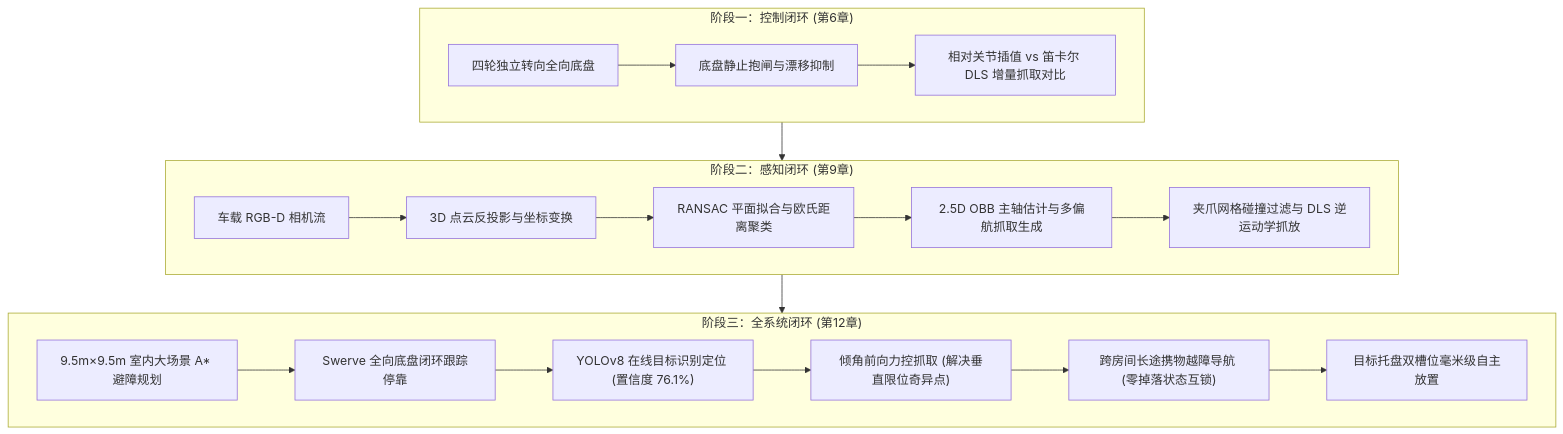
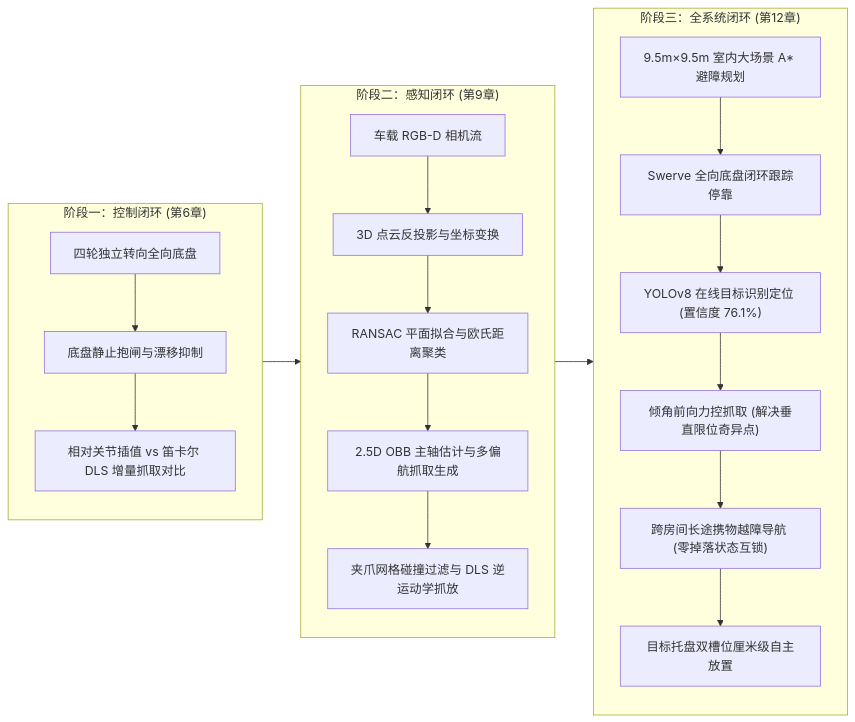
The first of 2 diagrams in src/content/posts/hello-robot-capstone-practices-ch6-ch9-ch12.md (YunHaiKong/YunHaiKong.github.io), drawn with Mermaid before and after one commit. The commit also changed other lines of this file and 98 other files, not shown here.

````diff
--- a/src/content/posts/hello-robot-capstone-practices-ch6-ch9-ch12.md
+++ b/src/content/posts/hello-robot-capstone-practices-ch6-ch9-ch12.md
@@ -19,21 +19,24 @@
 ```mermaid
-flowchart TD
+flowchart LR
     subgraph S1["阶段一：控制闭环 (第6章)"]
+        direction TB
         A1["四轮独立转向全向底盘"] --> A2["底盘静止抱闸与漂移抑制"]
         A2 --> A3["相对关节插值 vs 笛卡尔 DLS 增量抓取对比"]
     end
     subgraph S2["阶段二：感知闭环 (第9章)"]
+        direction TB
         B1["车载 RGB-D 相机流"] --> B2["3D 点云反投影与坐标变换"]
         B2 --> B3["RANSAC 平面拟合与欧氏距离聚类"]
         B3 --> B4["2.5D OBB 主轴估计与多偏航抓取生成"]
         B4 --> B5["夹爪网格碰撞过滤与 DLS 逆运动学抓放"]
     end
     subgraph S3["阶段三：全系统闭环 (第12章)"]
+        direction TB
         C1["9.5m×9.5m 室内大场景 A* 避障规划"] --> C2["Swerve 全向底盘闭环跟踪停靠"]
         C2 --> C3["YOLOv8 在线目标识别定位 (置信度 76.1%)"]
         C3 --> C4["倾角前向力控抓取 (解决垂直限位奇异点)"]
         C4 --> C5["跨房间长途携物越障导航 (零掉落状态互锁)"]
-        C5 --> C6["目标托盘双槽位毫米级自主放置"]
+        C5 --> C6["目标托盘双槽位厘米级自主放置"]
     end
     S1 --> S2 --> S3
 ```
````
